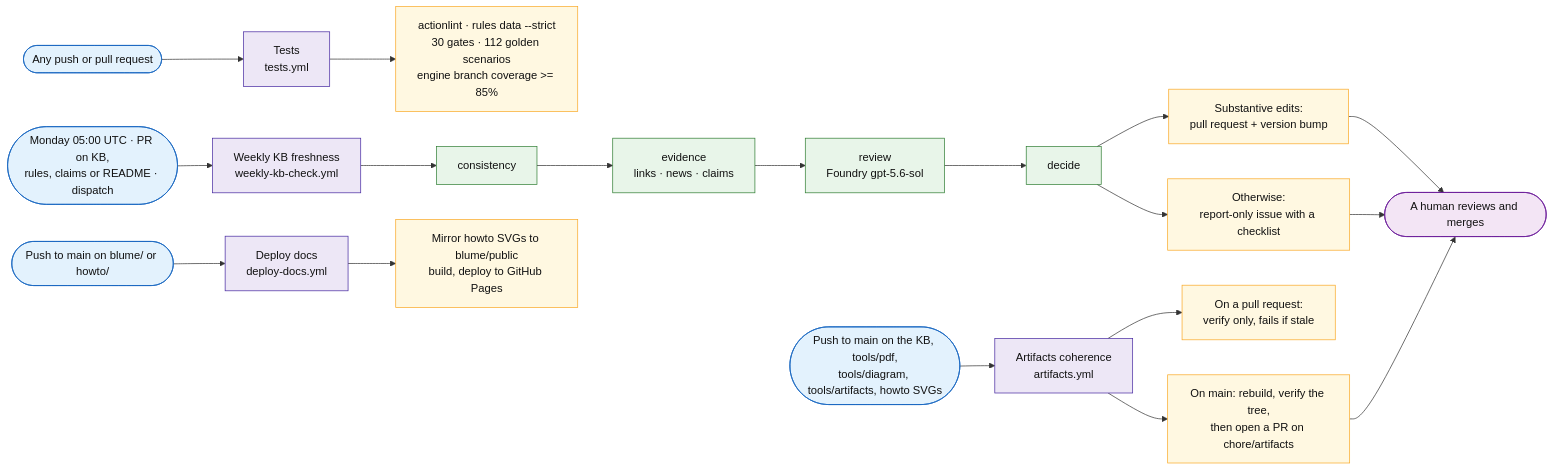
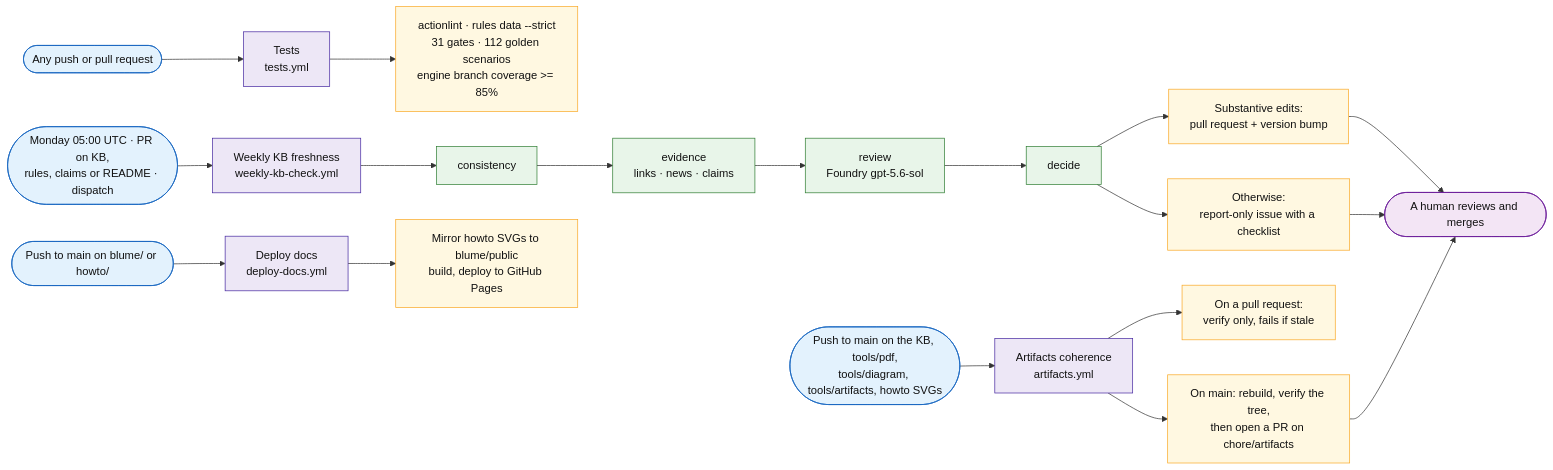
One commit to fredgis/sql-migration-advisor changed the sixth of 6 diagrams in docs/sql-migration-advisor-developer-pitch.md. Above: the diagram before and after it, drawn with Mermaid. The commit also changed other lines of this file and 25 other files, not shown here.

````diff
--- a/docs/sql-migration-advisor-developer-pitch.md
+++ b/docs/sql-migration-advisor-developer-pitch.md
@@ -992,33 +992,33 @@
 ```mermaid
 flowchart LR
     G1([Any push or pull request]) --> W1[Tests<br/>tests.yml]
     G2([Monday 05:00 UTC · PR on KB,<br/>rules, claims or README · dispatch]) --> W2[Weekly KB freshness<br/>weekly-kb-check.yml]
     G3([Push to main on the KB, tools/pdf,<br/>tools/diagram, tools/artifacts, howto SVGs]) --> W3[Artifacts coherence<br/>artifacts.yml]
     G4([Push to main on blume/ or howto/]) --> W4[Deploy docs<br/>deploy-docs.yml]
 
-    W1 --> O1[actionlint · rules data --strict<br/>30 gates · 112 golden scenarios<br/>engine branch coverage >= 85%]
+    W1 --> O1[actionlint · rules data --strict<br/>31 gates · 112 golden scenarios<br/>engine branch coverage >= 85%]
 
     W2 --> C1[consistency] --> C2[evidence<br/>links · news · claims] --> C3[review<br/>Foundry gpt-5.6-sol] --> C4[decide]
     C4 --> O2a[Substantive edits:<br/>pull request + version bump]
     C4 --> O2b[Otherwise:<br/>report-only issue with a checklist]
 
     W3 --> O3a[On a pull request:<br/>verify only, fails if stale]
     W3 --> O3b[On main: rebuild, verify the tree,<br/>then open a PR on chore/artifacts]
 
     W4 --> O4[Mirror howto SVGs to blume/public<br/>build, deploy to GitHub Pages]
 
     O2a --> H([A human reviews and merges])
     O2b --> H
     O3b --> H
 
     classDef trig fill:#e3f2fd,stroke:#1565c0,color:#111
     classDef flow fill:#ede7f6,stroke:#4527a0,color:#111
     classDef step fill:#e8f5e9,stroke:#2e7d32,color:#111
     classDef out fill:#fff8e1,stroke:#f9a825,color:#111
     classDef human fill:#f3e5f5,stroke:#6a1b9a,color:#111
     class G1,G2,G3,G4 trig
     class W1,W2,W3,W4 flow
     class C1,C2,C3,C4 step
     class O1,O2a,O2b,O3a,O3b,O4 out
     class H human
 ```
````
